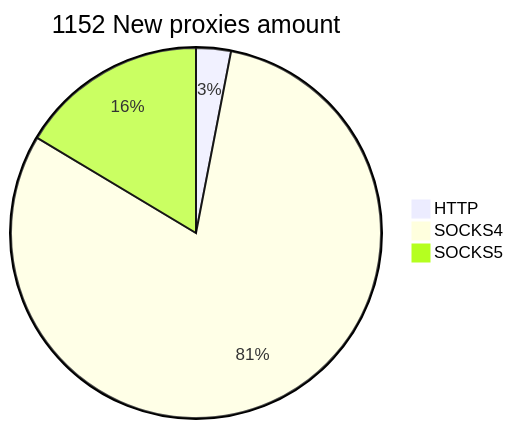
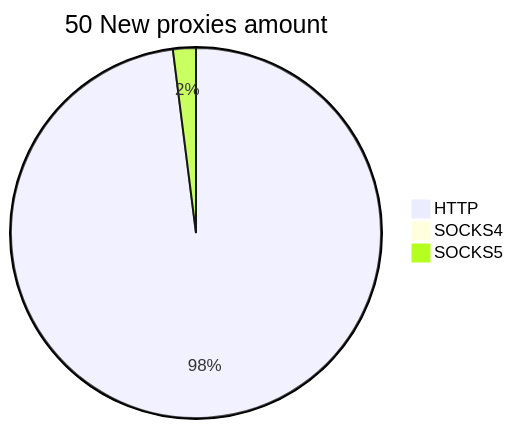
The second of 2 diagrams in README.md (cutipu/proxylist), drawn with Mermaid before and after one commit. The commit also changed other lines of this file, not shown here.

````diff
--- a/README.md
+++ b/README.md
@@ -10,6 +10,6 @@
 ```mermaid
-pie title 1152 New proxies amount
-    "HTTP" : 35
-    "SOCKS4" : 928
-    "SOCKS5" : 189
+pie title 50 New proxies amount
+    "HTTP" : 49
+    "SOCKS4" : 0
+    "SOCKS5" : 1
 ```
````
